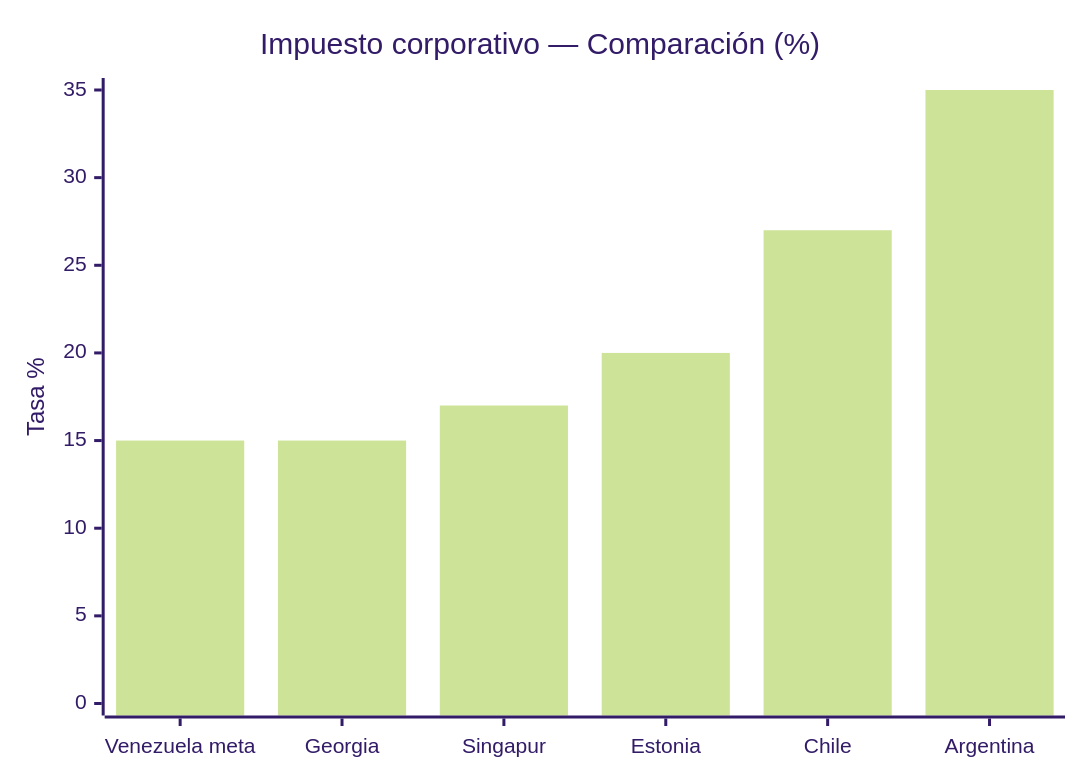
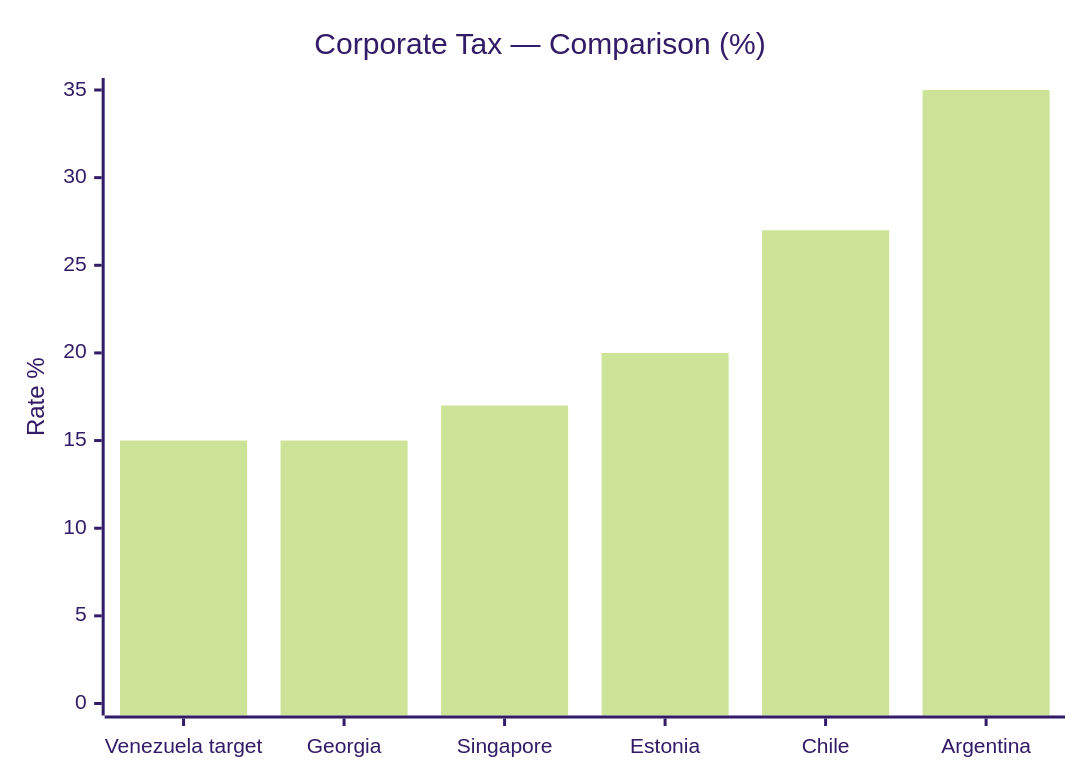
One commit to Venezuela-S-A/venezuela-sa changed the ninth of 14 diagrams in i18n/en/docusaurus-plugin-content-docs/current/04-gobernanza/modelo-estado.md. Above: the diagram before and after it, drawn with Mermaid (forest theme). The commit also changed other lines of this file and 127 other files, not shown here.

````diff
--- a/i18n/en/docusaurus-plugin-content-docs/current/04-gobernanza/modelo-estado.md
+++ b/i18n/en/docusaurus-plugin-content-docs/current/04-gobernanza/modelo-estado.md
@@ -203,7 +580,7 @@
 ```mermaid
 xychart-beta
-    title "Impuesto corporativo — Comparación (%)"
-    x-axis ["Venezuela meta", "Georgia", "Singapur", "Estonia", "Chile", "Argentina"]
-    y-axis "Tasa %" 0 --> 35
+    title "Corporate Tax — Comparison (%)"
+    x-axis ["Venezuela target", "Georgia", "Singapore", "Estonia", "Chile", "Argentina"]
+    y-axis "Rate %" 0 --> 35
     bar [15, 15, 17, 20, 27, 35]
 ```
````
